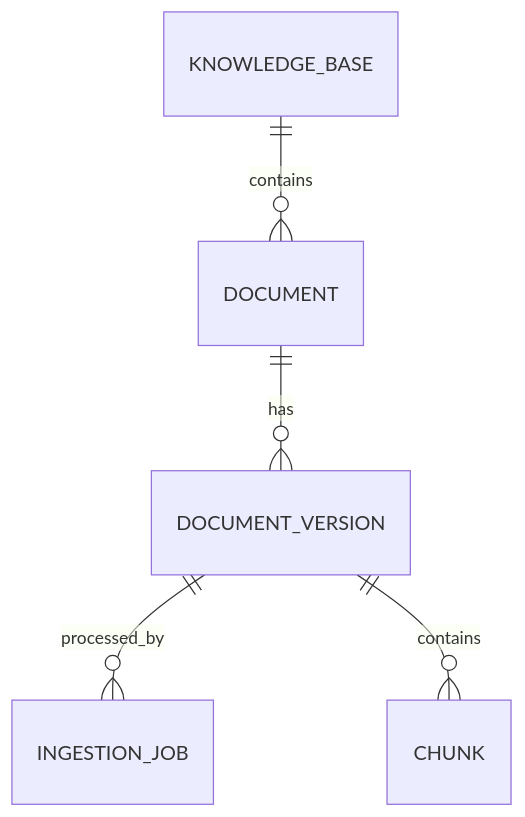
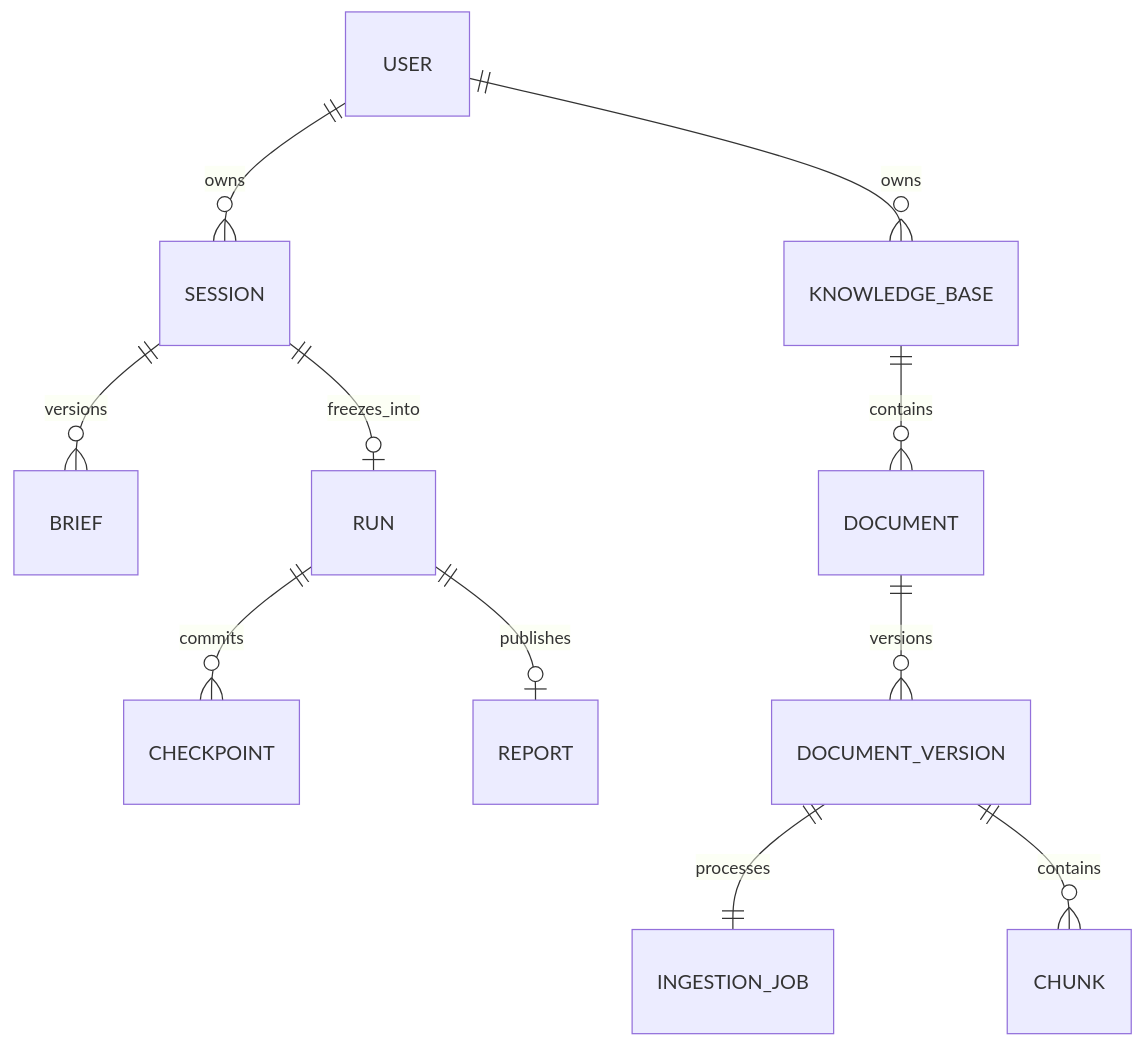
Before and after one commit to HoYiShui/deep-research-for-academic: the diagram in docs/mono/data-model.md, drawn with Mermaid. The commit also changed other lines of this file and 9 other files, not shown here.

````diff
--- a/docs/mono/data-model.md
+++ b/docs/mono/data-model.md
@@ -88,7 +262,13 @@
 ```mermaid
 erDiagram
+    USER ||--o{ SESSION : owns
+    SESSION ||--o{ BRIEF : versions
+    SESSION ||--o| RUN : freezes_into
+    RUN ||--o{ CHECKPOINT : commits
+    RUN ||--o| REPORT : publishes
+    USER ||--o{ KNOWLEDGE_BASE : owns
     KNOWLEDGE_BASE ||--o{ DOCUMENT : contains
-    DOCUMENT ||--o{ DOCUMENT_VERSION : has
-    DOCUMENT_VERSION ||--o{ INGESTION_JOB : processed_by
+    DOCUMENT ||--o{ DOCUMENT_VERSION : versions
+    DOCUMENT_VERSION ||--|| INGESTION_JOB : processes
     DOCUMENT_VERSION ||--o{ CHUNK : contains
 ```
````
